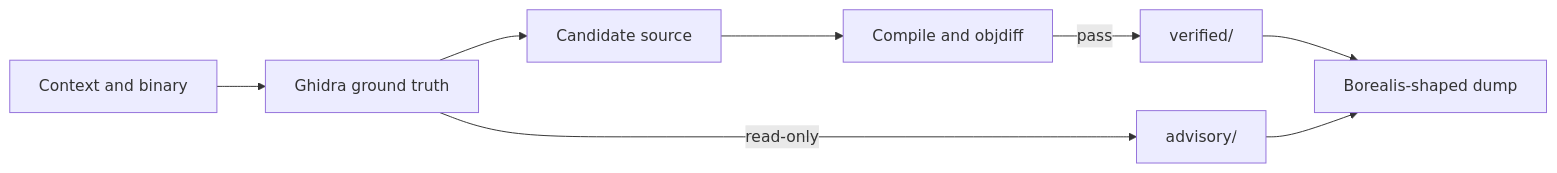
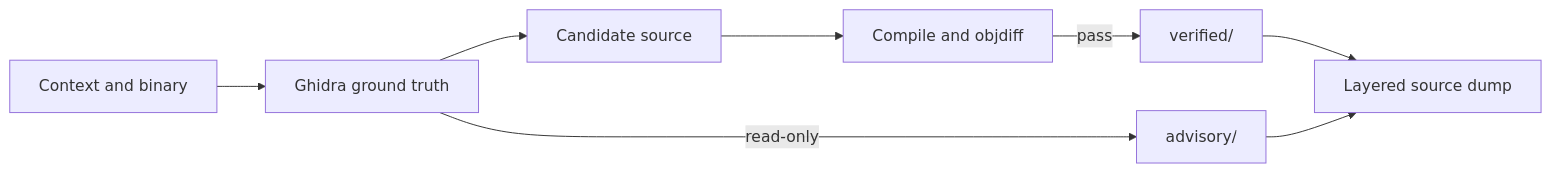
One commit to bolabaden/AgentDecompile changed the diagram in STRATEGY.md. Above: the diagram before and after it, drawn with Mermaid. The commit also changed other lines of this file and 104 other files, not shown here.

````diff
--- a/STRATEGY.md
+++ b/STRATEGY.md
@@ -19,10 +19,10 @@
 ```mermaid
 flowchart LR
   ctx[Context and binary] --> ghidra[Ghidra ground truth]
   ghidra --> cand[Candidate source]
   cand --> gate[Compile and objdiff]
   gate -->|pass| verified[verified/]
   ghidra -->|read-only| advisory[advisory/]
-  verified --> dump[Borealis-shaped dump]
+  verified --> dump[Layered source dump]
   advisory --> dump
 ```
````
